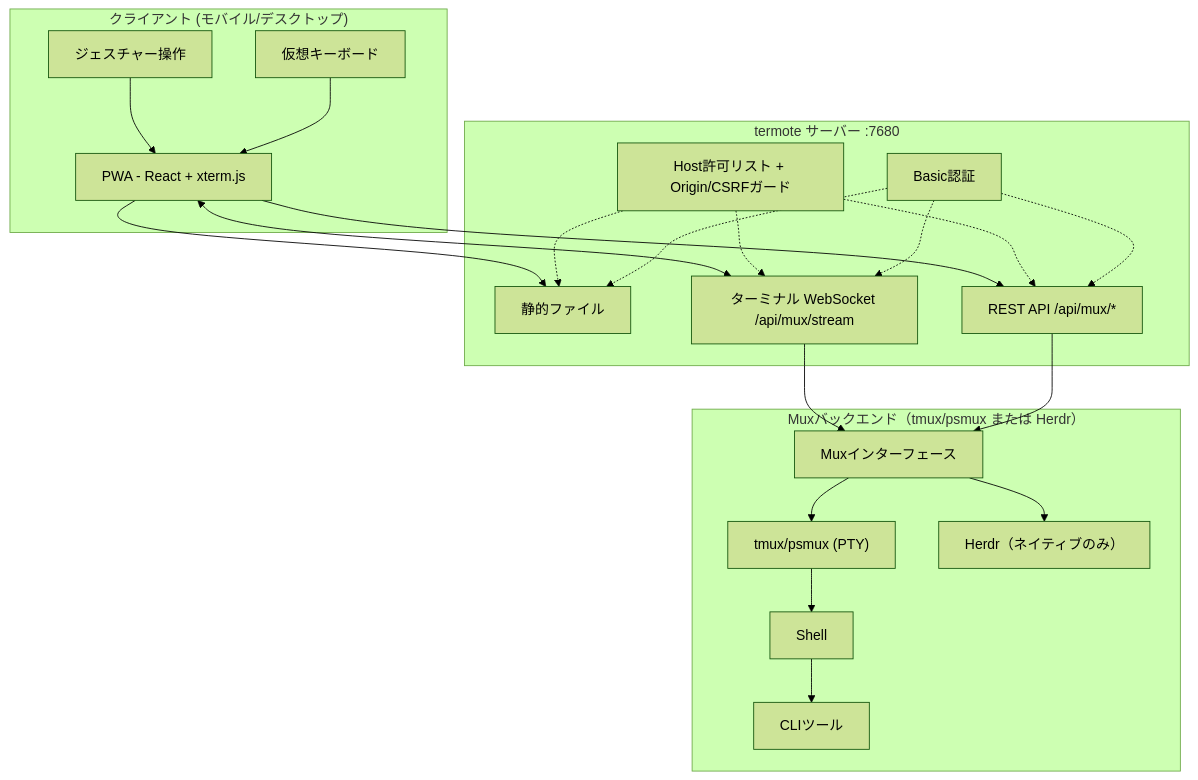
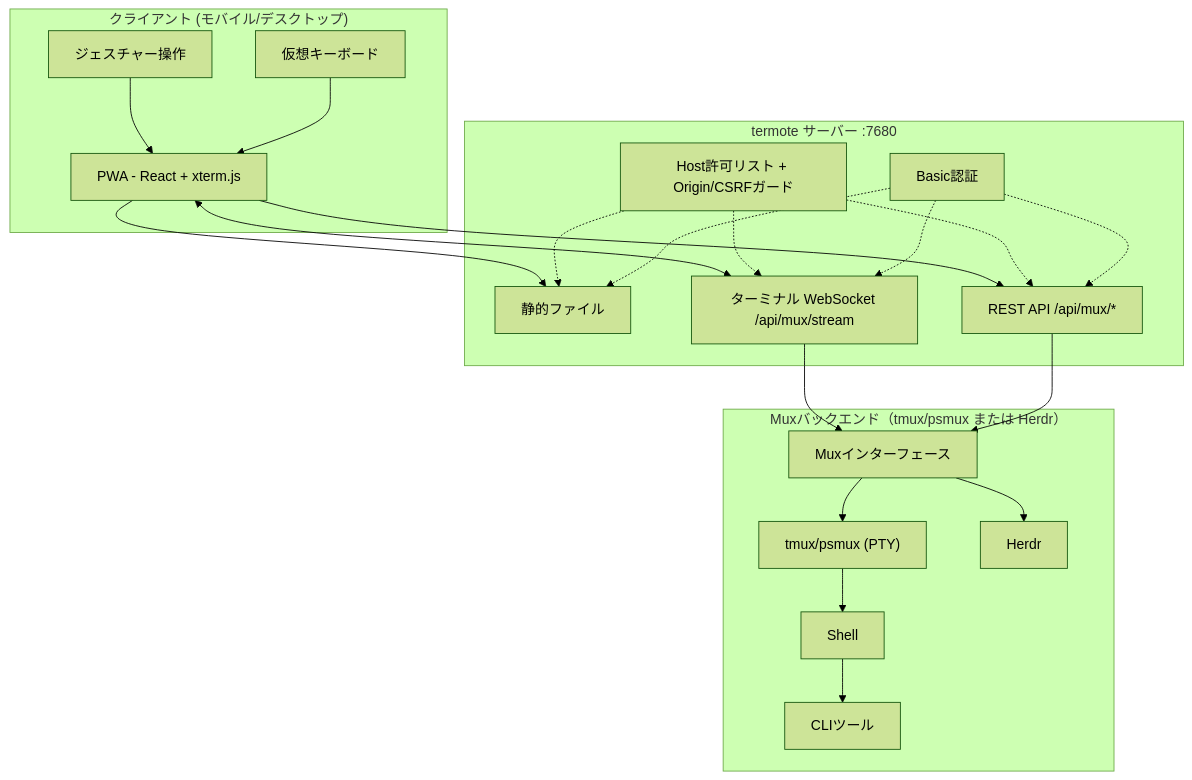
One commit to lamngockhuong/termote changed the first of 2 diagrams in README.ja.md. Above: the diagram before and after it, drawn with Mermaid (forest theme). The commit also changed other lines of this file and 36 other files, not shown here.

````diff
--- a/README.ja.md
+++ b/README.ja.md
@@ -63,36 +63,36 @@
 ```mermaid
 flowchart TB
     subgraph Client["クライアント (モバイル/デスクトップ)"]
         PWA["PWA - React + xterm.js"]
         Gestures["ジェスチャー操作"]
         Keyboard["仮想キーボード"]
     end
 
     subgraph Server["termote サーバー :7680"]
         Static["静的ファイル"]
         Stream["ターミナル WebSocket /api/mux/stream"]
         API["REST API /api/mux/*"]
         Guard["Host許可リスト + Origin/CSRFガード"]
         Auth["Basic認証"]
     end
 
     subgraph Backend["Muxバックエンド（tmux/psmux または Herdr）"]
         Mux["Muxインターフェース"]
         tmux["tmux/psmux (PTY)"]
-        herdr["Herdr（ネイティブのみ）"]
+        herdr["Herdr"]
         Shell["Shell"]
         Tools["CLIツール"]
     end
 
     Gestures --> PWA
     Keyboard --> PWA
     PWA --> Static
     PWA <--> Stream
     PWA --> API
     Guard -.-> Static & Stream & API
     Auth -.-> Static & Stream & API
     Stream --> Mux
     API --> Mux
     Mux --> tmux & herdr
     tmux --> Shell --> Tools
 ```
````
